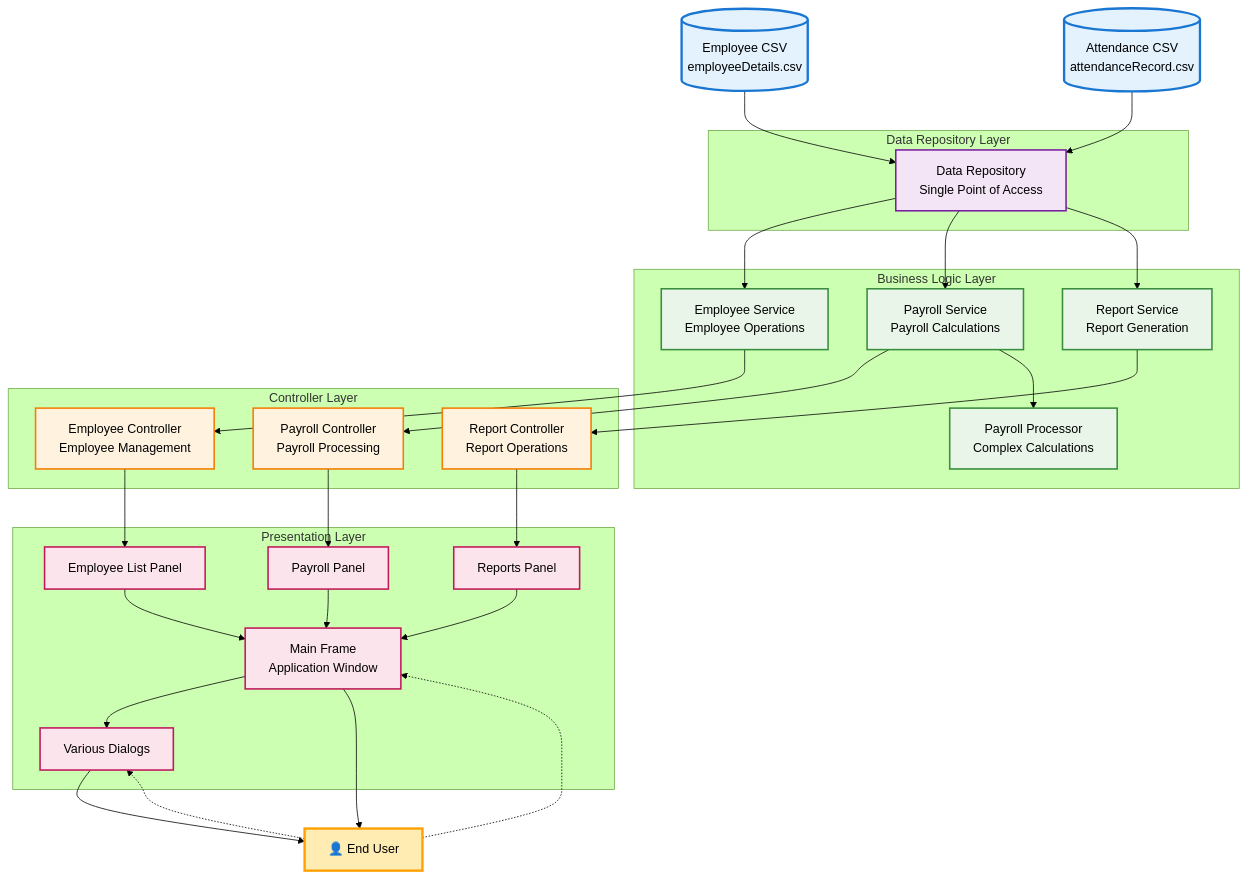
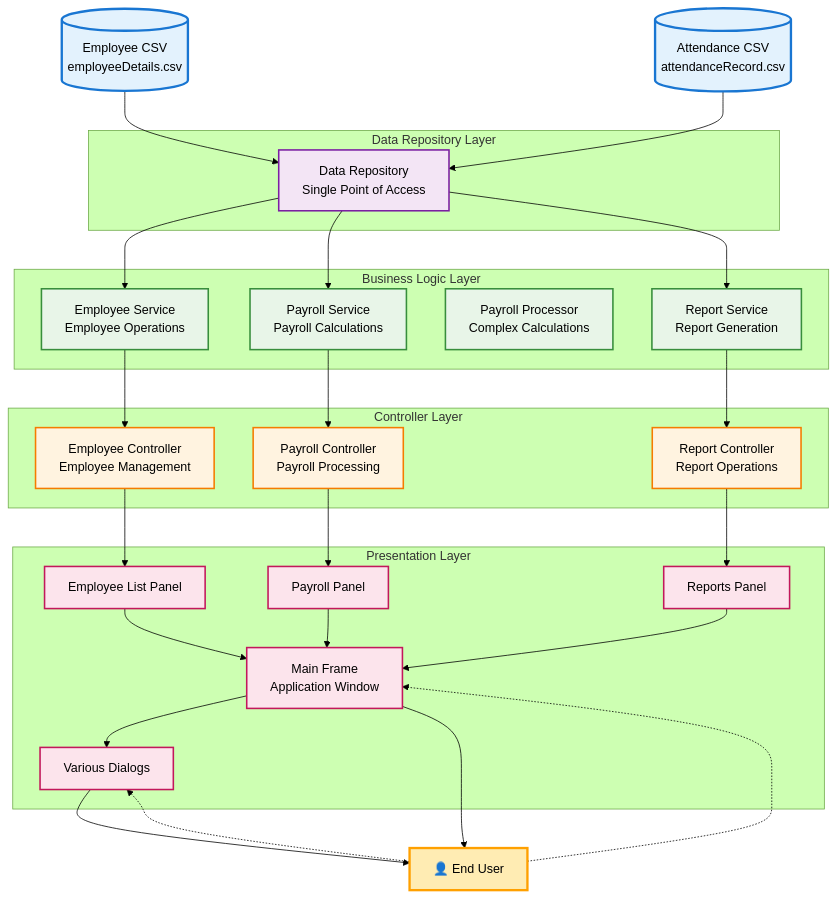
One commit to joembolinas/CP2_GROUP-4 changed the ninth of 9 diagrams in README.md. Above: the diagram before and after it, drawn with Mermaid (forest theme). The commit also changed other lines of this file and 1 other file, not shown here.

````diff
--- a/README.md
+++ b/README.md
@@ -1297,82 +1312,81 @@
 ```mermaid
 flowchart TB
     %% External Data Sources
     CSV_EMP[(Employee CSV<br/>employeeDetails.csv)]
     CSV_ATT[(Attendance CSV<br/>attendanceRecord.csv)]
     
     %% Data Repository Layer
     subgraph "Data Repository Layer"
         DR[Data Repository<br/>Single Point of Access]
     end
     
     %% Service Layer
     subgraph "Business Logic Layer"
         ES[Employee Service<br/>Employee Operations]
         PS[Payroll Service<br/>Payroll Calculations]
         PP[Payroll Processor<br/>Complex Calculations]
         RS[Report Service<br/>Report Generation]
     end
     
     %% Controller Layer
     subgraph "Controller Layer"
         EC[Employee Controller<br/>Employee Management]
         PC[Payroll Controller<br/>Payroll Processing]
         RC[Report Controller<br/>Report Operations]
     end
     
     %% View Layer
     subgraph "Presentation Layer"
         MF[Main Frame<br/>Application Window]
         ELP[Employee List Panel]
         PP_UI[Payroll Panel]
         RP_UI[Reports Panel]
         DIALOGS[Various Dialogs]
     end
     
     %% User
     USER[👤 End User]
     
     %% Data Flow
     CSV_EMP --> DR
     CSV_ATT --> DR
     
     DR --> ES
     DR --> PS
     DR --> RS
     
     ES --> EC
     PS --> PC
-    PS --> PP
     RS --> RC
     
     EC --> ELP
     PC --> PP_UI
     RC --> RP_UI
     
     ELP --> MF
     PP_UI --> MF
     RP_UI --> MF
     MF --> DIALOGS
     
     MF --> USER
     DIALOGS --> USER
     
     %% User interactions
     USER -.-> MF
     USER -.-> DIALOGS
     
     %% Styling
     classDef dataSource fill:#e3f2fd,stroke:#1976d2,stroke-width:3px
     classDef repository fill:#f3e5f5,stroke:#7b1fa2,stroke-width:2px
     classDef service fill:#e8f5e8,stroke:#388e3c,stroke-width:2px
     classDef controller fill:#fff3e0,stroke:#f57c00,stroke-width:2px
     classDef view fill:#fce4ec,stroke:#c2185b,stroke-width:2px
     classDef user fill:#ffecb3,stroke:#ffa000,stroke-width:3px
     
     class CSV_EMP,CSV_ATT dataSource
     class DR repository
     class ES,PS,PP,RS service
     class EC,PC,RC controller
     class MF,ELP,PP_UI,RP_UI,DIALOGS view
     class USER user
 ```
````
